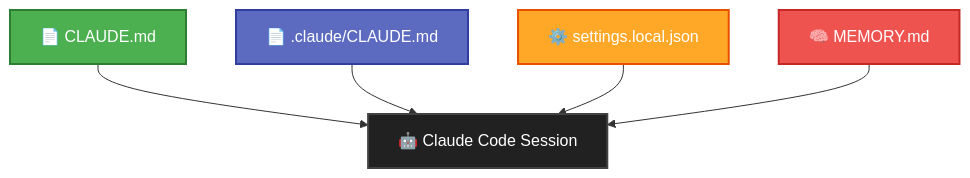
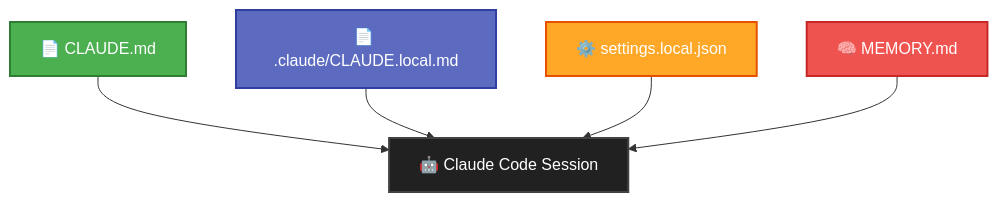
Before and after one commit to jameswniu/claude-os: the first of 3 diagrams in README.md, drawn with Mermaid. The commit also changed other lines of this file and 111 other files, not shown here.

Commit message:
Rename .claude/CLAUDE.md to .claude/CLAUDE.local.md across templates

````diff
--- a/README.md
+++ b/README.md
@@ -181,19 +181,19 @@
 ```mermaid
 flowchart TD
     A["📄 CLAUDE.md"]
-    B["📄 .claude/CLAUDE.md"]
+    B["📄 .claude/CLAUDE.local.md"]
     C["⚙️ settings.local.json"]
     D["🧠 MEMORY.md"]
     S["🤖 Claude Code Session"]
 
     A --> S
     B --> S
     C --> S
     D --> S
 
     style A fill:#4CAF50,color:#fff,stroke:#2E7D32,stroke-width:2px
     style B fill:#5C6BC0,color:#fff,stroke:#303F9F,stroke-width:2px
     style C fill:#FFA726,color:#fff,stroke:#E65100,stroke-width:2px
     style D fill:#EF5350,color:#fff,stroke:#C62828,stroke-width:2px
     style S fill:#212121,color:#fff,stroke:#424242,stroke-width:2px
 ```
````
